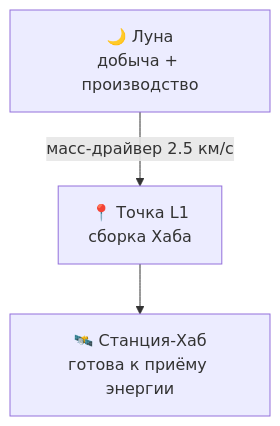
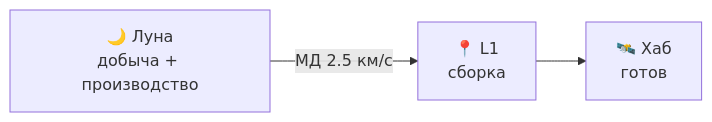
One commit to DmitryNasikanov/infinite-energy changed the second of 3 diagrams in ru/science/executive-summary.qmd. Above: the diagram before and after it, drawn with Mermaid. The commit also changed other lines of this file and 8 other files, not shown here.

````diff
--- a/ru/science/executive-summary.qmd
+++ b/ru/science/executive-summary.qmd
@@ -70,5 +145,4 @@
 ```{mermaid}
-flowchart TD
-    A[🌙 Луна<br/>добыча + производство] -->|масс-драйвер 2.5 км/с| B[📍 Точка L1<br/>сборка Хаба]
-    B --> C[🛰️ Станция-Хаб<br/>готова к приёму энергии]
+flowchart LR
+    A[🌙 Луна<br/>добыча + производство] -->|МД 2.5 км/с| B[📍 L1<br/>сборка] --> C[🛰️ Хаб<br/>готов]
 ```
````
